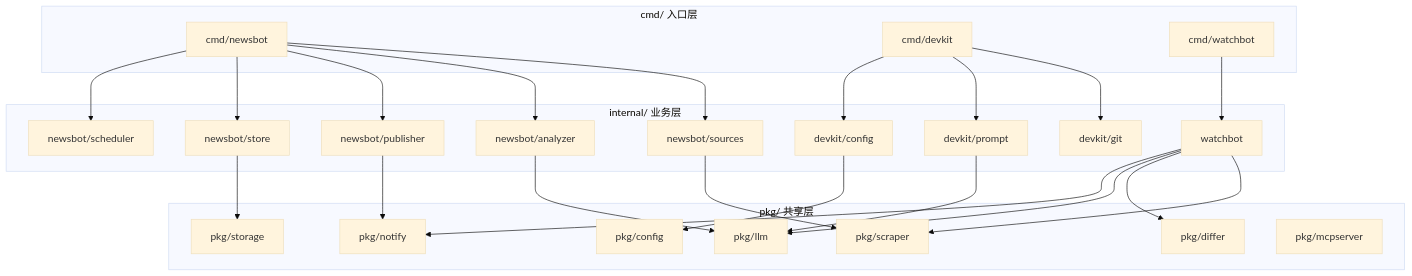
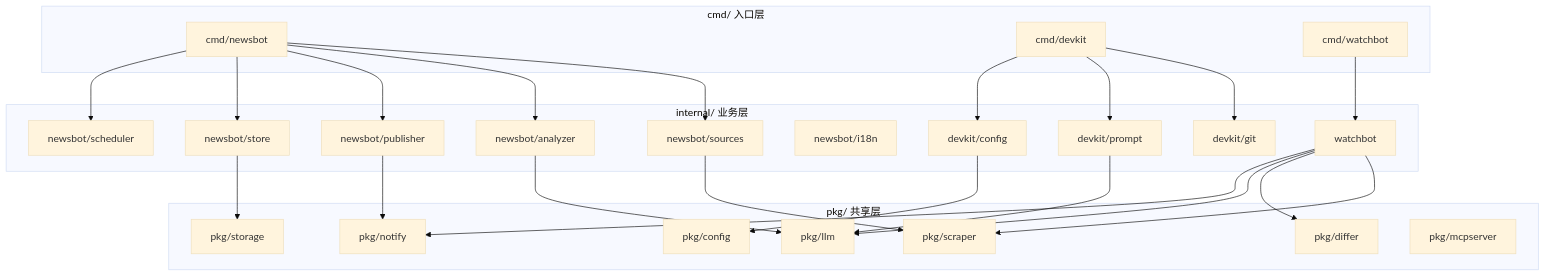
One commit to RobinCoderZhao/devkit-suite changed the diagram in docs/architecture.md. Above: the diagram before and after it, drawn with Mermaid (base theme). The commit also changed other lines of this file and 3 other files, not shown here.

````diff
--- a/docs/architecture.md
+++ b/docs/architecture.md
@@ -45,42 +46,43 @@
 ```mermaid
 graph TD
     subgraph "cmd/ 入口层"
         NEWSBOT[cmd/newsbot]
         DEVKIT[cmd/devkit]
         WATCHBOT[cmd/watchbot]
     end
 
     subgraph "internal/ 业务层"
         NB_SRC[newsbot/sources]
         NB_ANA[newsbot/analyzer]
         NB_PUB[newsbot/publisher]
         NB_STO[newsbot/store]
         NB_SCH[newsbot/scheduler]
+        NB_I18N[newsbot/i18n]
         DK_GIT[devkit/git]
         DK_PRO[devkit/prompt]
         DK_CFG[devkit/config]
         WB[watchbot]
     end
 
     subgraph "pkg/ 共享层"
         LLM[pkg/llm]
         SCRAPER[pkg/scraper]
         DIFFER[pkg/differ]
         NOTIFY[pkg/notify]
         STORAGE[pkg/storage]
         CONFIG[pkg/config]
         MCP[pkg/mcpserver]
     end
 
     NEWSBOT --> NB_SRC & NB_ANA & NB_PUB & NB_STO & NB_SCH
     DEVKIT --> DK_GIT & DK_PRO & DK_CFG
     WATCHBOT --> WB
 
     NB_ANA --> LLM
     NB_PUB --> NOTIFY
     NB_SRC --> SCRAPER
     NB_STO --> STORAGE
     DK_CFG --> CONFIG
     DK_PRO --> LLM
     WB --> SCRAPER & DIFFER & LLM & NOTIFY
 ```
````
